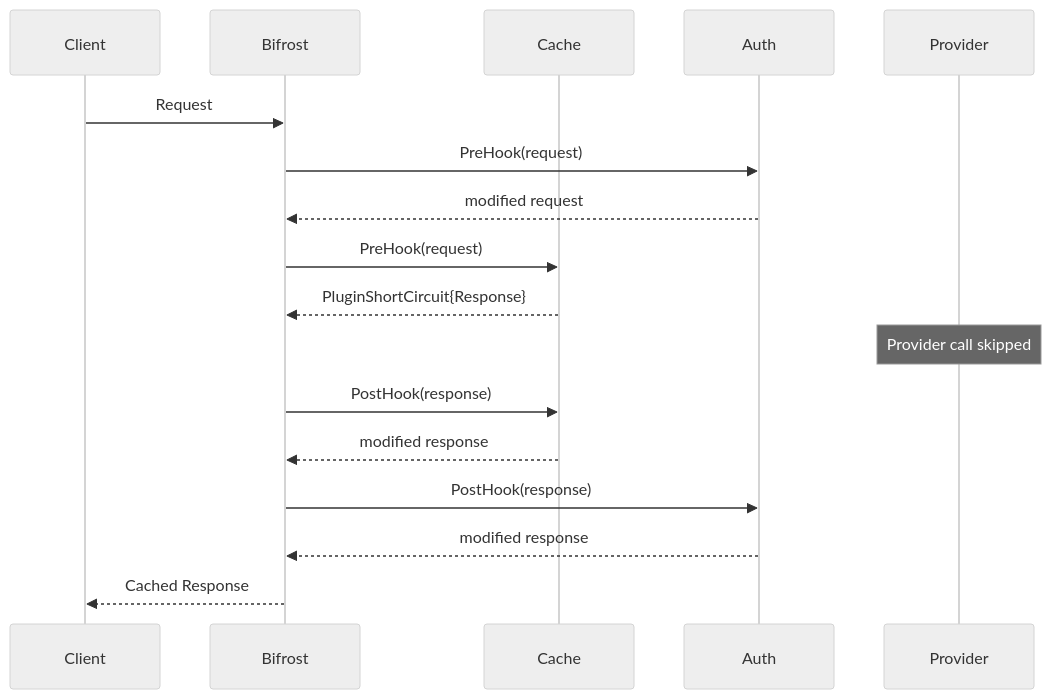
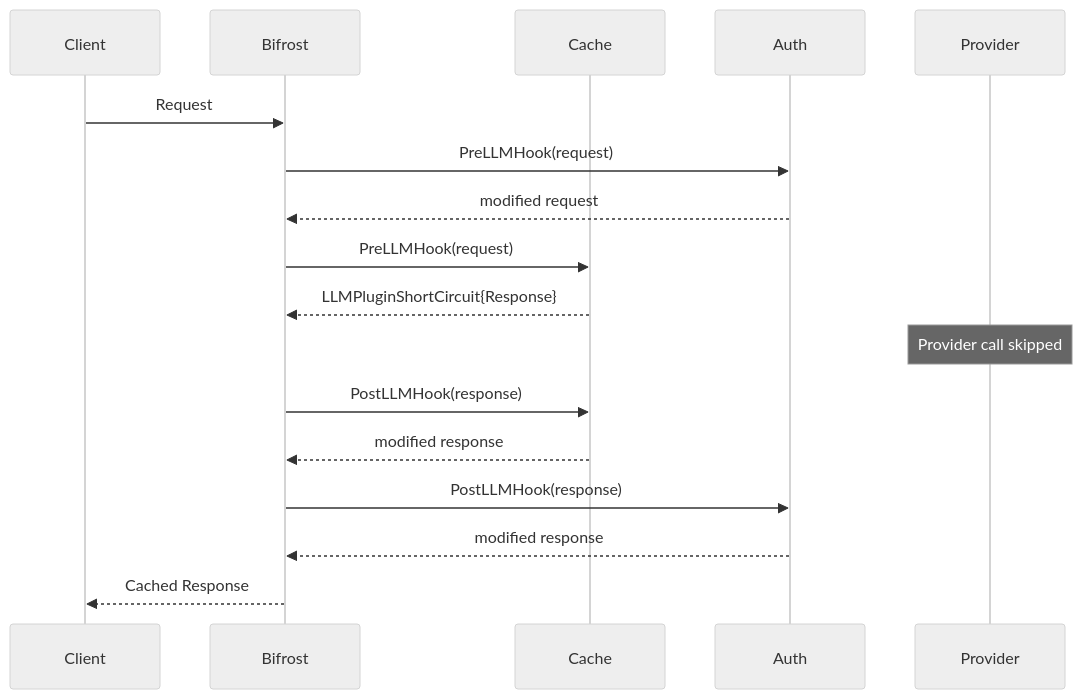
The fourth of 10 diagrams in docs/architecture/core/plugins.mdx (sammcj/bifrost), drawn with Mermaid (neutral theme) before and after one commit. The commit also changed other lines of this file and 156 other files, not shown here.

Commit message:
feat: plugin schema extensions for mcp plugins

````diff
--- a/docs/architecture/core/plugins.mdx
+++ b/docs/architecture/core/plugins.mdx
@@ -172,20 +172,20 @@
 ```mermaid
 sequenceDiagram
     participant Client
     participant Bifrost
     participant Cache
     participant Auth
     participant Provider
 
     Client->>Bifrost: Request
-    Bifrost->>Auth: PreHook(request)
+    Bifrost->>Auth: PreLLMHook(request)
     Auth-->>Bifrost: modified request
-    Bifrost->>Cache: PreHook(request)
-    Cache-->>Bifrost: PluginShortCircuit{Response}
+    Bifrost->>Cache: PreLLMHook(request)
+    Cache-->>Bifrost: LLMPluginShortCircuit{Response}
     Note over Provider: Provider call skipped
-    Bifrost->>Cache: PostHook(response)
+    Bifrost->>Cache: PostLLMHook(response)
     Cache-->>Bifrost: modified response
-    Bifrost->>Auth: PostHook(response)
+    Bifrost->>Auth: PostLLMHook(response)
     Auth-->>Bifrost: modified response
     Bifrost-->>Client: Cached Response
 ```
````
